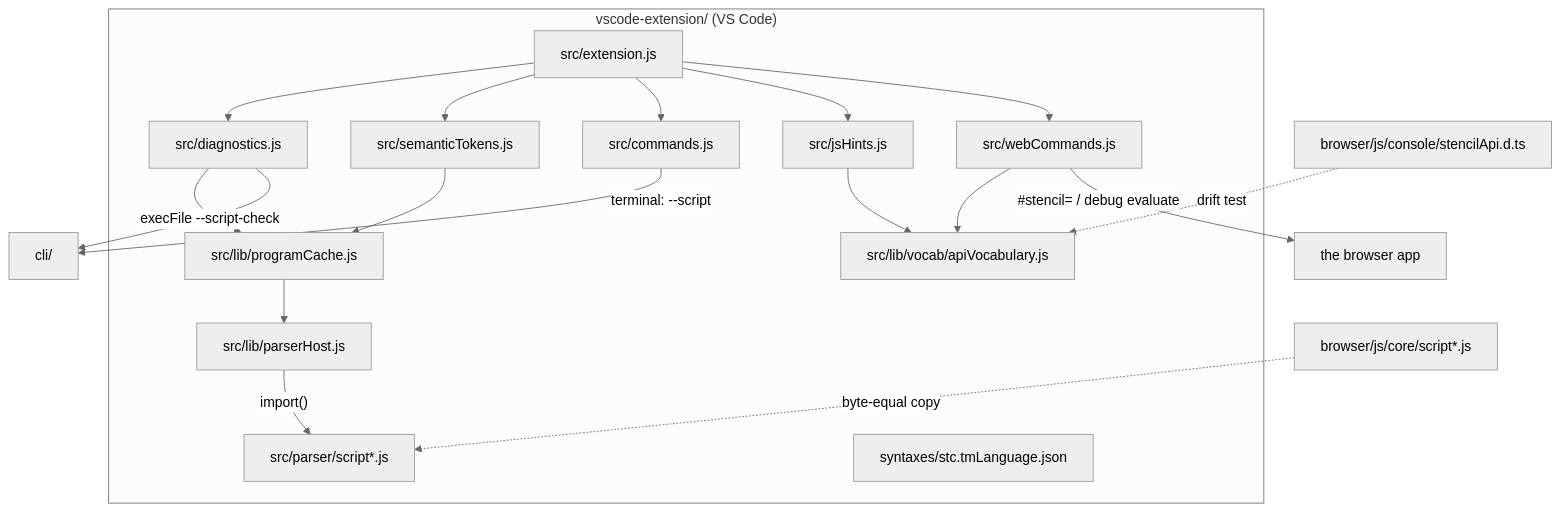
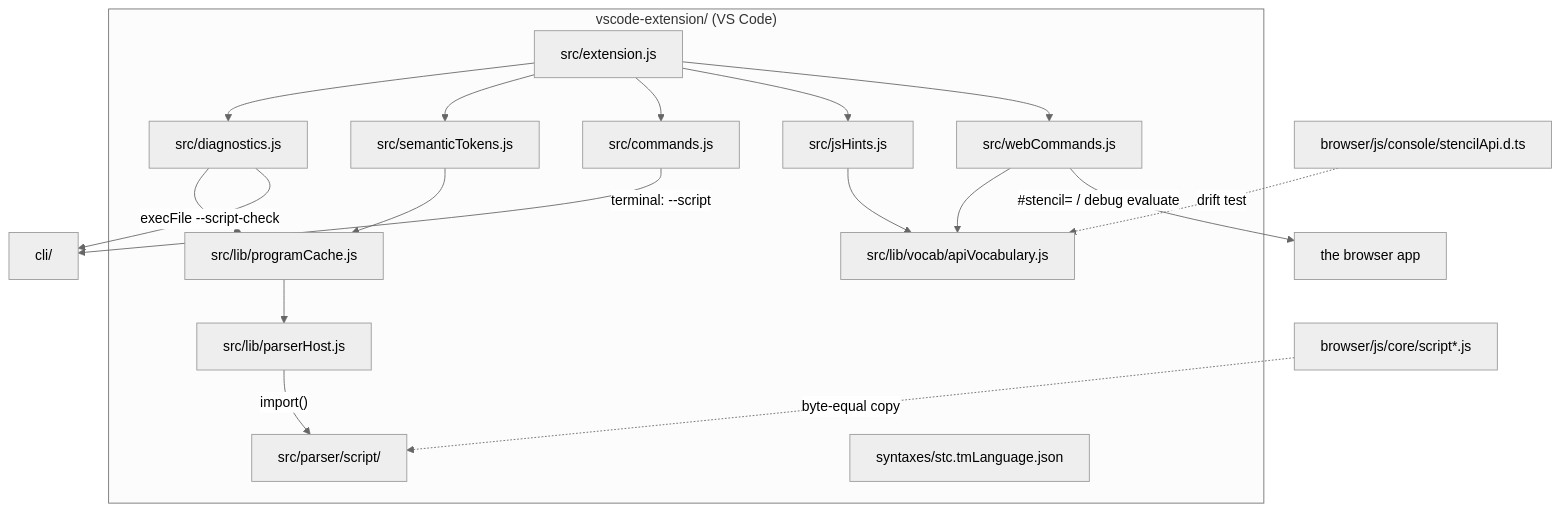
One commit to andrew1407/stencil changed the first of 2 diagrams in vscode-extension/ARCHITECTURE.md. Above: the diagram before and after it, drawn with Mermaid (neutral theme). The commit also changed other lines of this file and 1322 other files, not shown here.

````diff
--- a/vscode-extension/ARCHITECTURE.md
+++ b/vscode-extension/ARCHITECTURE.md
@@ -18,37 +18,37 @@
 ```mermaid
 graph TD
     subgraph VSC["vscode-extension/ (VS Code)"]
       ENTRY["src/extension.js"]
       DIAG["src/diagnostics.js"]
       SEM["src/semanticTokens.js"]
       CMD["src/commands.js"]
       WEB["src/webCommands.js"]
       HINTS["src/jsHints.js"]
       APIV["src/lib/vocab/apiVocabulary.js"]
       CACHE["src/lib/programCache.js"]
       HOST["src/lib/parserHost.js"]
-      COPIES["src/parser/script*.js"]
+      COPIES["src/parser/script/"]
       GRAM["syntaxes/stc.tmLanguage.json"]
     end
     SRC["browser/js/core/script*.js"]
     DTS["browser/js/console/stencilApi.d.ts"]
     CLI["cli/"]
     APP["the browser app"]
 
     ENTRY --> DIAG
     ENTRY --> SEM
     ENTRY --> CMD
     ENTRY --> HINTS
     ENTRY --> WEB
     DIAG --> CACHE
     SEM --> CACHE
     CACHE --> HOST
     HINTS --> APIV
     WEB --> APIV
     HOST -->|"import()"| COPIES
     SRC -.->|"byte-equal copy"| COPIES
     DTS -.->|"drift test"| APIV
     DIAG -->|"execFile --script-check"| CLI
     CMD -->|"terminal: --script"| CLI
     WEB -->|"#stencil= / debug evaluate"| APP
 ```
````
